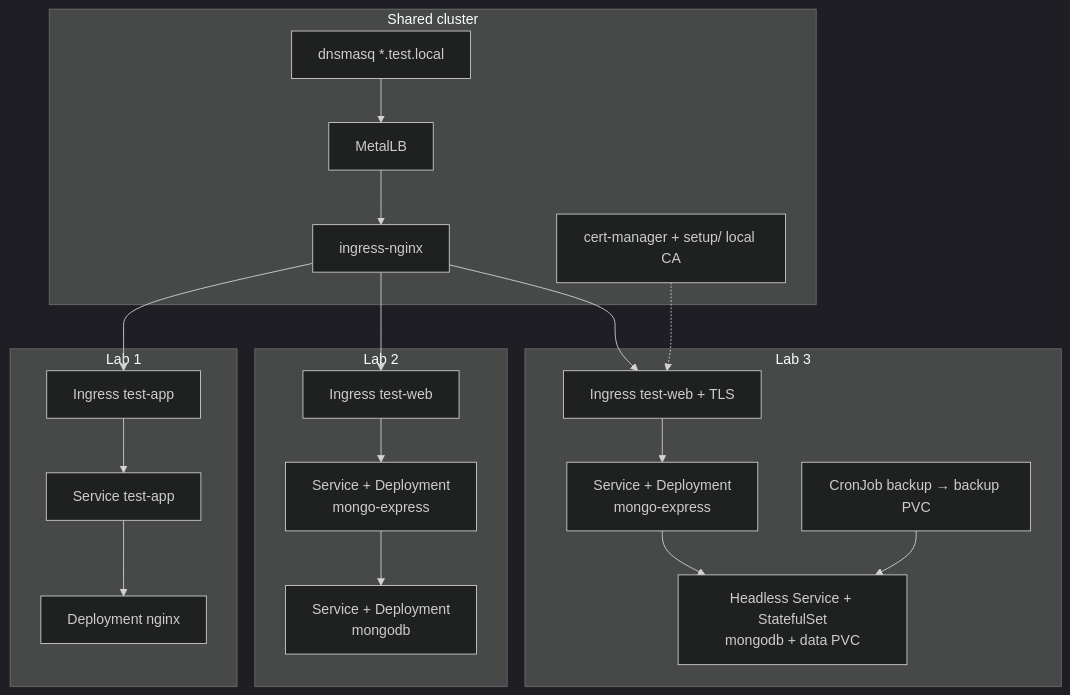
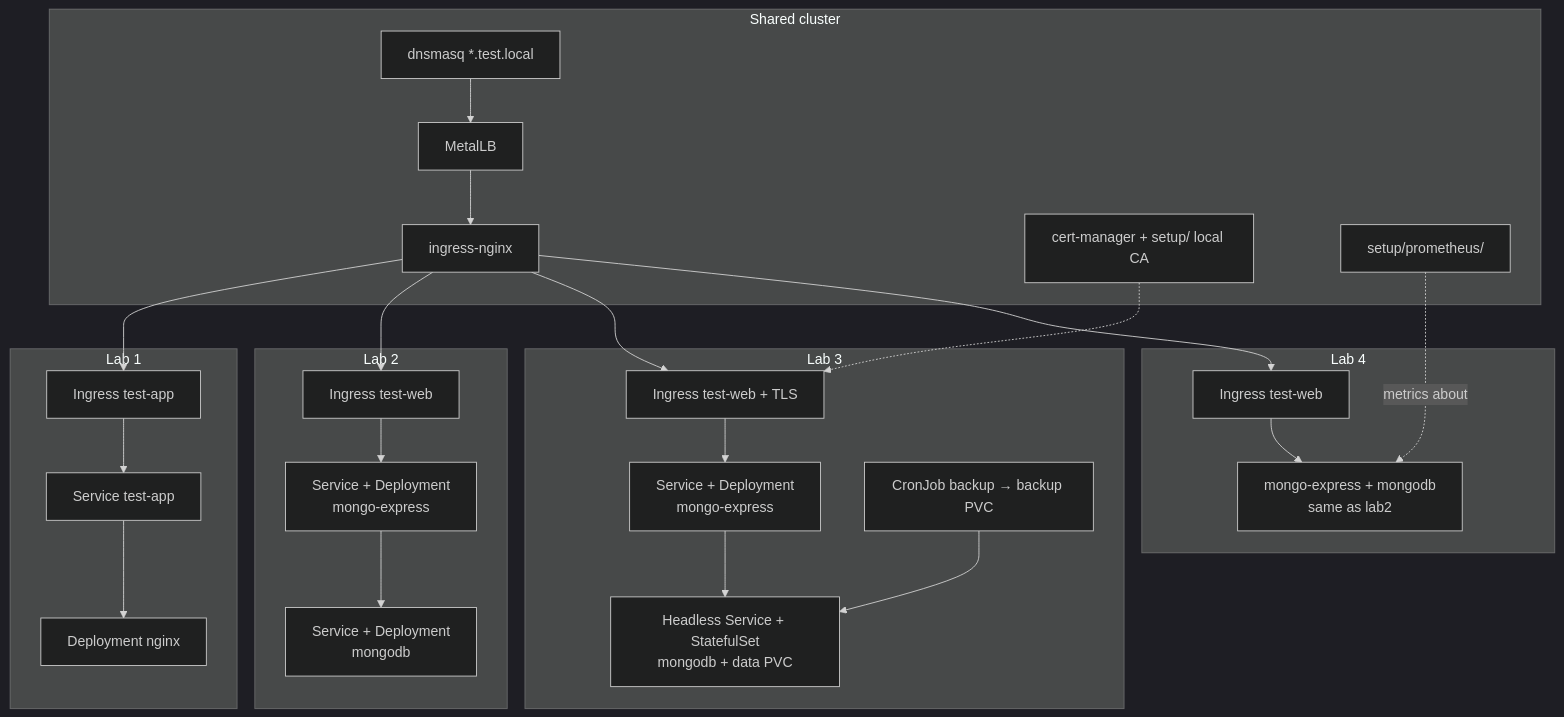
The diagram in README.md (youssefshibl/k8s-labs), drawn with Mermaid (dark theme) before and after one commit. The commit also changed other lines of this file and 8 other files, not shown here.

Commit message:
Update README and setup documentation to include Lab 4 details with Prometheus Operator and Kubernetes Dashboard setup. Enhance clarity on shared cluster components and their usage across labs.

````diff
--- a/README.md
+++ b/README.md
@@ -13,38 +14,47 @@
 ```mermaid
 flowchart TB
   subgraph shared [Shared cluster]
     DNS["dnsmasq *.test.local"]
     LB["MetalLB"]
     IC["ingress-nginx"]
     CM["cert-manager + setup/ local CA"]
+    Prom["setup/prometheus/"]
   end
 
   subgraph lab1 [Lab 1]
     L1Ing["Ingress test-app"]
     L1Svc["Service test-app"]
     L1Dep["Deployment nginx"]
     L1Ing --> L1Svc --> L1Dep
   end
 
   subgraph lab2 [Lab 2]
     L2Ing["Ingress test-web"]
     L2Web["Service + Deployment<br/>mongo-express"]
     L2Db["Service + Deployment<br/>mongodb"]
     L2Ing --> L2Web --> L2Db
   end
 
   subgraph lab3 [Lab 3]
     L3Ing["Ingress test-web + TLS"]
     L3Web["Service + Deployment<br/>mongo-express"]
     L3Db["Headless Service + StatefulSet<br/>mongodb + data PVC"]
     L3Cron["CronJob backup → backup PVC"]
     L3Ing --> L3Web --> L3Db
     L3Cron --> L3Db
   end
 
+  subgraph lab4 [Lab 4]
+    L4Ing["Ingress test-web"]
+    L4Web["mongo-express + mongodb<br/>same as lab2"]
+    L4Ing --> L4Web
+  end
+
   DNS --> LB --> IC
   IC --> L1Ing
   IC --> L2Ing
   IC --> L3Ing
+  IC --> L4Ing
   CM -.-> L3Ing
+  Prom -.->|metrics about| L4Web
 ```
````
